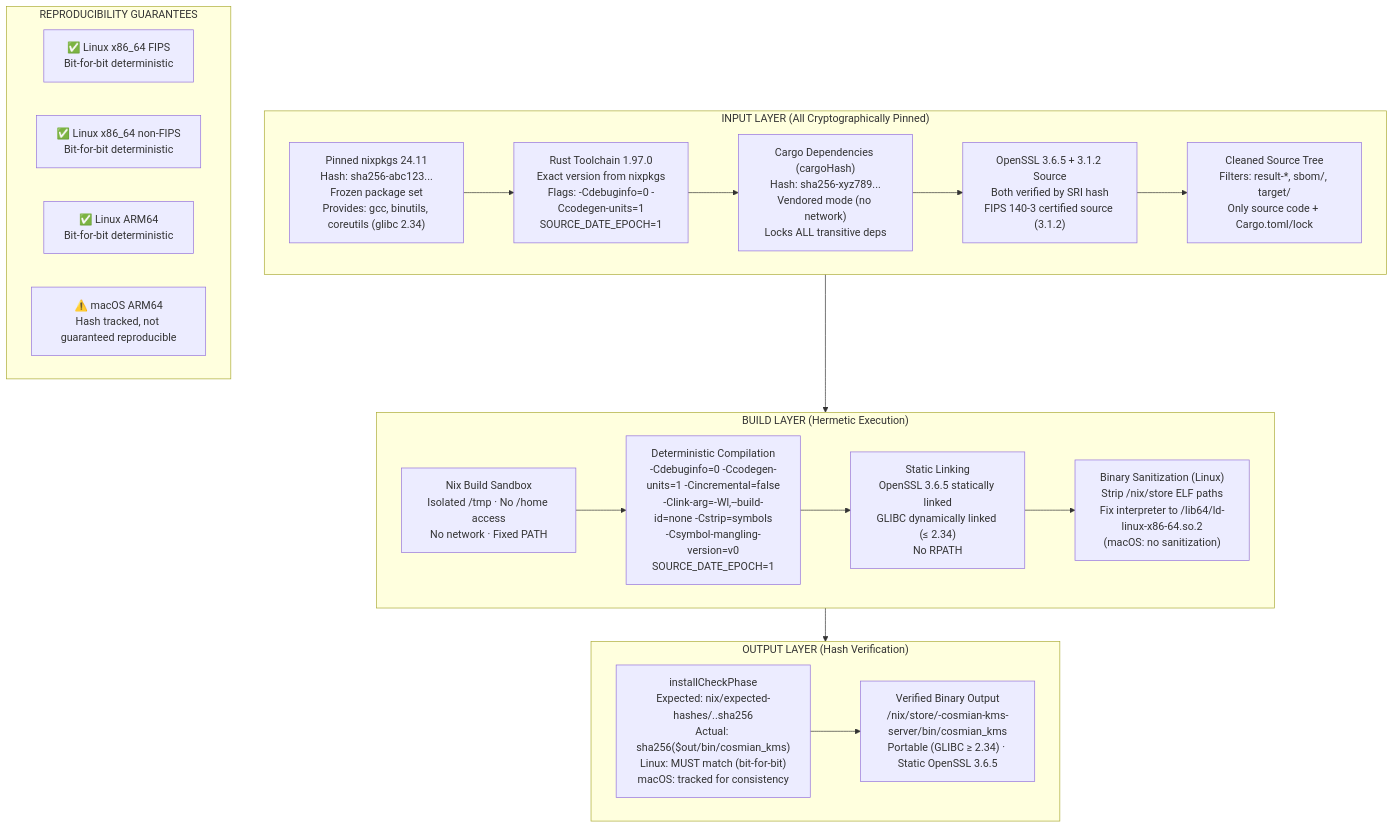
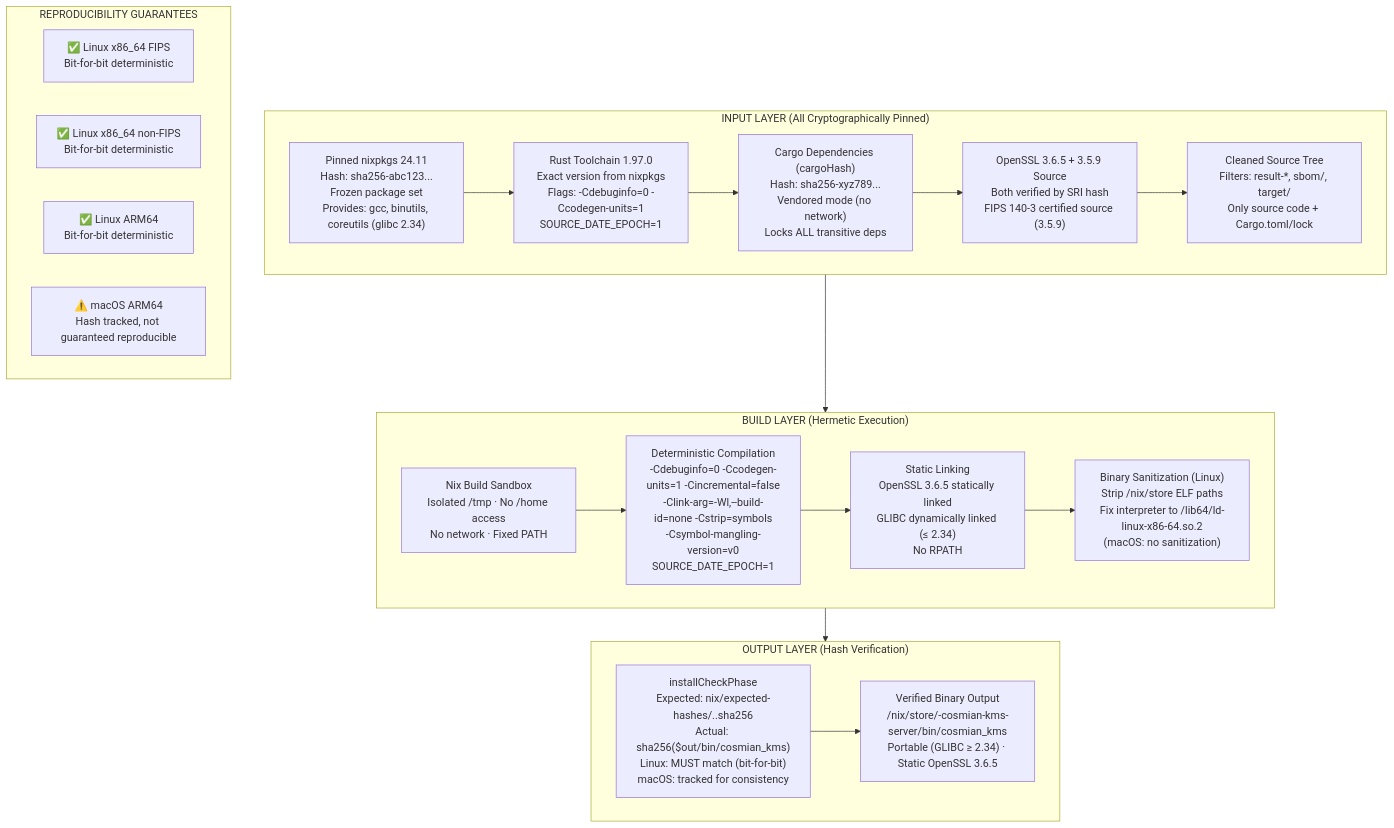
Before and after one commit to Cosmian/kms: the second of 11 diagrams in nix/README.md, drawn with Mermaid. The commit also changed other lines of this file and 15 other files, not shown here.

First line of the commit message:
build: bump OpenSSL FIPS provider to 3.5.9 in build.rs and Nix

````diff
--- a/nix/README.md
+++ b/nix/README.md
@@ -263,31 +263,31 @@
 ```mermaid
 flowchart TB
     subgraph inputs["INPUT LAYER (All Cryptographically Pinned)"]
         nixpkgs["Pinned nixpkgs 24.11<br/>Hash: sha256-abc123...<br/>Frozen package set<br/>Provides: gcc, binutils, coreutils (glibc 2.34)"]
         rust_tc["Rust Toolchain 1.97.0<br/>Exact version from nixpkgs<br/>Flags: -Cdebuginfo=0 -Ccodegen-units=1<br/>SOURCE_DATE_EPOCH=1"]
         cargo_hash["Cargo Dependencies (cargoHash)<br/>Hash: sha256-xyz789...<br/>Vendored mode (no network)<br/>Locks ALL transitive deps"]
-        openssl_src["OpenSSL 3.6.5 + 3.1.2 Source<br/>Both verified by SRI hash<br/>FIPS 140-3 certified source (3.1.2)"]
+        openssl_src["OpenSSL 3.6.5 + 3.5.9 Source<br/>Both verified by SRI hash<br/>FIPS 140-3 certified source (3.5.9)"]
         clean_src["Cleaned Source Tree<br/>Filters: result-*, sbom/, target/<br/>Only source code + Cargo.toml/lock"]
         nixpkgs --> rust_tc --> cargo_hash --> openssl_src --> clean_src
     end
     subgraph build["BUILD LAYER (Hermetic Execution)"]
         sandbox["Nix Build Sandbox<br/>Isolated /tmp · No /home access<br/>No network · Fixed PATH"]
         det_comp["Deterministic Compilation<br/>-Cdebuginfo=0 -Ccodegen-units=1 -Cincremental=false<br/>-Clink-arg=-Wl,--build-id=none -Cstrip=symbols<br/>-Csymbol-mangling-version=v0<br/>SOURCE_DATE_EPOCH=1"]
         static_link["Static Linking<br/>OpenSSL 3.6.5 statically linked<br/>GLIBC dynamically linked (≤ 2.34)<br/>No RPATH"]
         sanitize["Binary Sanitization (Linux)<br/>Strip /nix/store ELF paths<br/>Fix interpreter to /lib64/ld-linux-x86-64.so.2<br/>(macOS: no sanitization)"]
         sandbox --> det_comp --> static_link --> sanitize
     end
     subgraph output["OUTPUT LAYER (Hash Verification)"]
         check_phase["installCheckPhase<br/>Expected: nix/expected-hashes/<variant>.<system>.sha256<br/>Actual: sha256($out/bin/cosmian_kms)<br/>Linux: MUST match (bit-for-bit)<br/>macOS: tracked for consistency"]
         verified["Verified Binary Output<br/>/nix/store/<hash>-cosmian-kms-server/bin/cosmian_kms<br/>Portable (GLIBC ≥ 2.34) · Static OpenSSL 3.6.5"]
         check_phase --> verified
     end
     inputs --> build --> output
 
     subgraph guarantees["REPRODUCIBILITY GUARANTEES"]
         linux_fips["✅ Linux x86_64 FIPS<br/>Bit-for-bit deterministic"]
         linux_nf["✅ Linux x86_64 non-FIPS<br/>Bit-for-bit deterministic"]
         linux_arm["✅ Linux ARM64<br/>Bit-for-bit deterministic"]
         macos["⚠️ macOS ARM64<br/>Hash tracked, not guaranteed reproducible"]
     end
 ```
````
